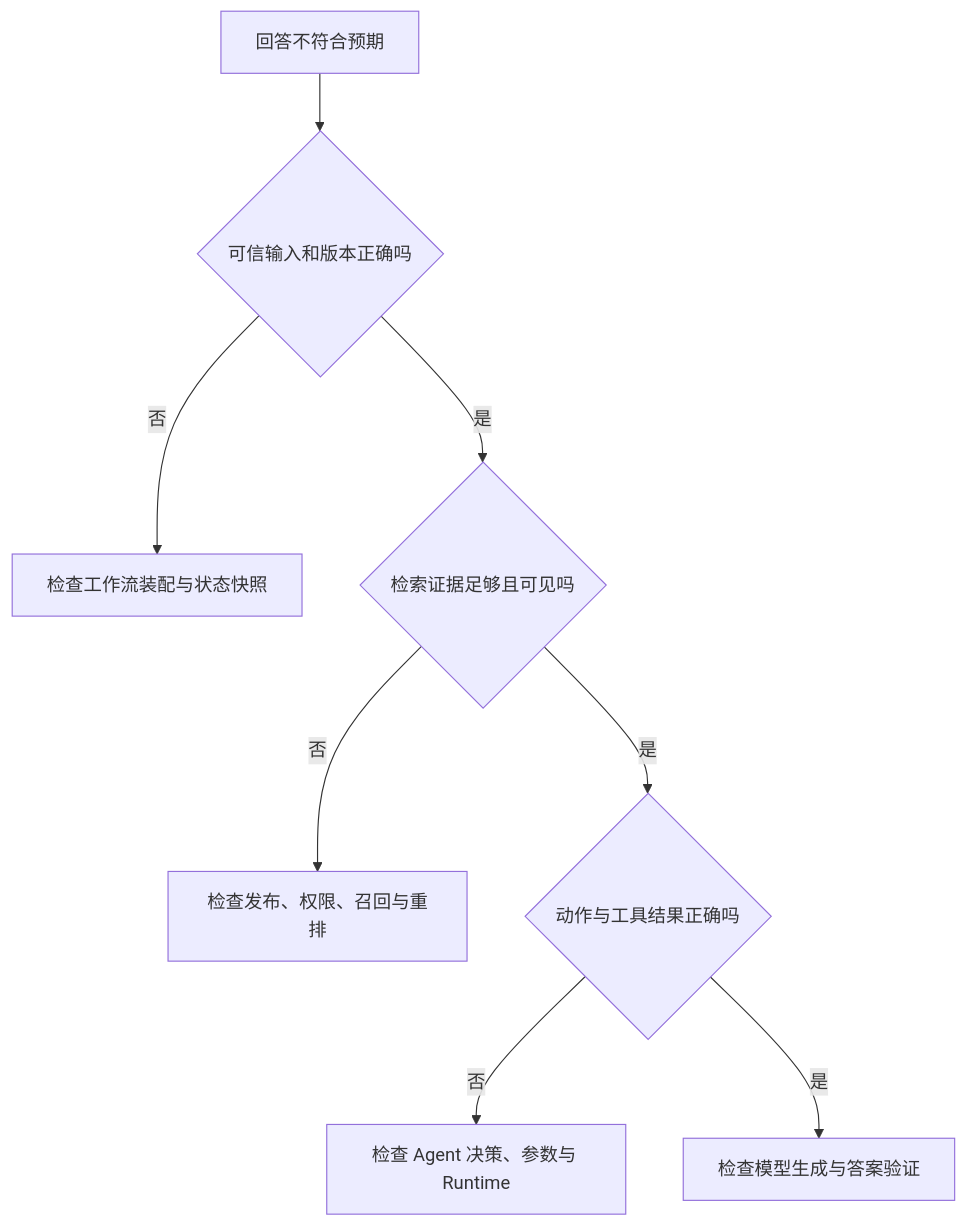
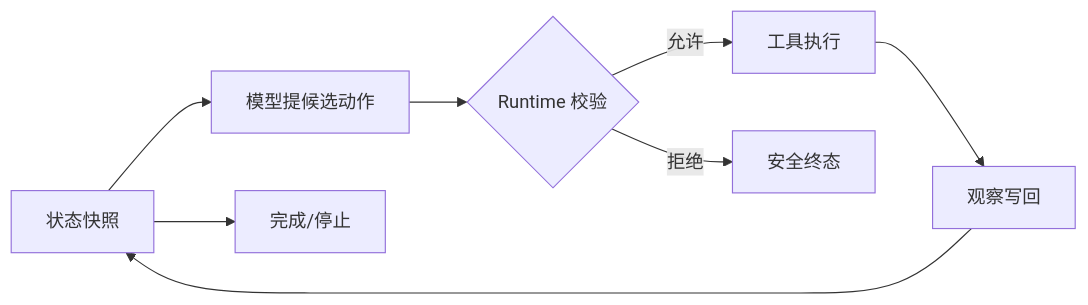
One commit to upJiang/jiang-blog-vitepress changed the fourth of 5 diagrams in docs/ai-agent/llm-workflow-rag-agent.md. Above: the diagram before and after it, drawn with Mermaid. The commit also changed other lines of this file and 54 other files, not shown here.

````diff
--- a/docs/ai-agent/llm-workflow-rag-agent.md
+++ b/docs/ai-agent/llm-workflow-rag-agent.md
@@ -299,10 +304,10 @@
 ```mermaid
-flowchart TD
-    A[回答不符合预期] --> B{可信输入和版本正确吗}
-    B -->|否| C[检查工作流装配与状态快照]
-    B -->|是| D{检索证据足够且可见吗}
-    D -->|否| E[检查发布、权限、召回与重排]
-    D -->|是| F{动作与工具结果正确吗}
-    F -->|否| G[检查 Agent 决策、参数与 Runtime]
-    F -->|是| H[检查模型生成与答案验证]
+flowchart LR
+    A[状态快照] --> B[模型提候选动作]
+    B --> C{Runtime 校验}
+    C -- 允许 --> D[工具执行]
+    C -- 拒绝 --> F[安全终态]
+    D --> E[观察写回]
+    E --> A
+    A --> G[完成/停止]
 ```
````
